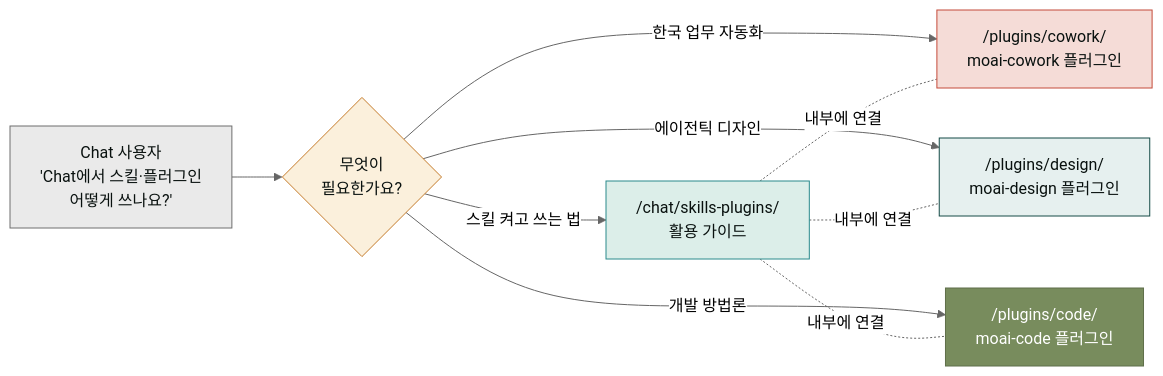
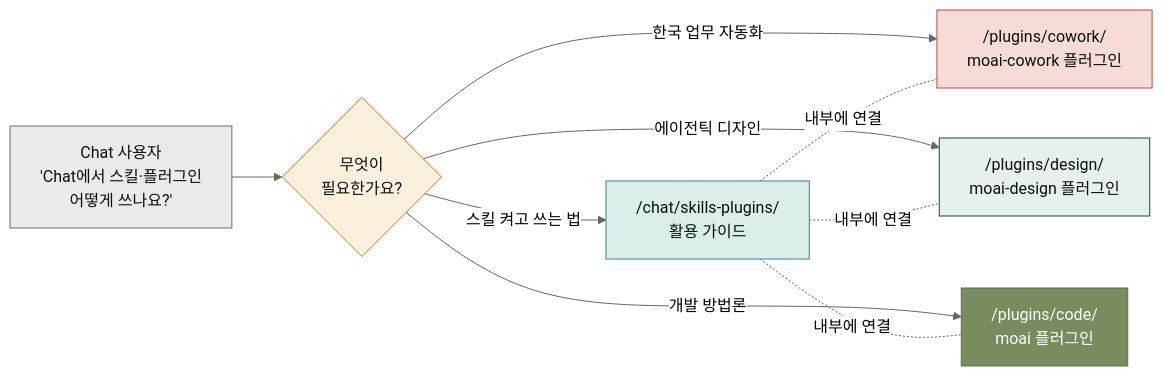
One commit to modu-ai/claude changed the diagram in www/content/plugins/chat/_index.md. Above: the diagram before and after it, drawn with Mermaid (neutral theme). The commit also changed other lines of this file and 31 other files, not shown here.

````diff
--- a/www/content/plugins/chat/_index.md
+++ b/www/content/plugins/chat/_index.md
@@ -16,18 +16,18 @@
 ```mermaid
 flowchart LR
     User["Chat 사용자<br/>'Chat에서 스킬·플러그인<br/>어떻게 쓰나요?'"] --> Q{"무엇이<br/>필요한가요?"}
     Q -->|"스킬 켜고 쓰는 법"| Hub["/chat/skills-plugins/<br/>활용 가이드"]
     Q -->|"한국 업무 자동화"| Co["/plugins/cowork/<br/>moai-cowork 플러그인"]
     Q -->|"에이전틱 디자인"| De["/plugins/design/<br/>moai-design 플러그인"]
-    Q -->|"개발 방법론"| Cc["/plugins/code/<br/>moai-code 플러그인"]
+    Q -->|"개발 방법론"| Cc["/plugins/code/<br/>moai 플러그인"]
     Hub -. 내부에 연결 .- Co
     Hub -. 내부에 연결 .- De
     Hub -. 내부에 연결 .- Cc
 
     style User fill:#eaeaea,stroke:#6e6e6e,color:#09110f
     style Q fill:#fbf0dc,stroke:#c47b2a,color:#09110f
     style Hub fill:#dceee9,stroke:#2a8a8c,color:#09110f
     style Co fill:#f5dcd7,stroke:#c44a3a,color:#09110f
     style De fill:#e6f0ef,stroke:#144a46,color:#09110f
     style Cc fill:#788C5D,stroke:#5F6F4A,color:#FFFFFF
 ```
````
